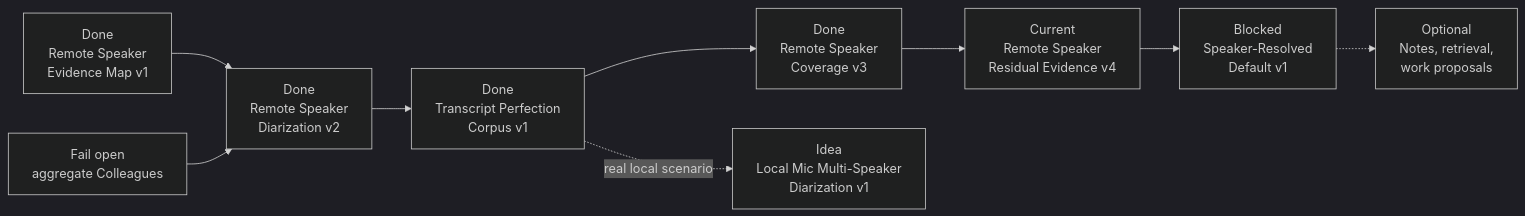
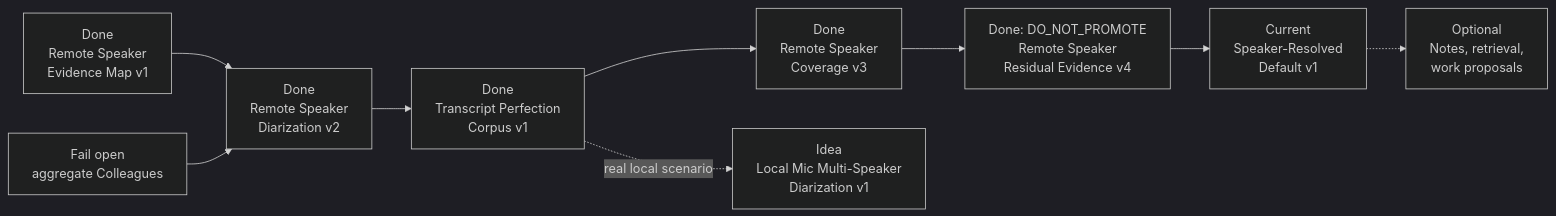
One commit to asukhodko/murmurmark changed the second of 2 diagrams in docs/roadmap/murmurmark-cli-roadmap.md. Above: the diagram before and after it, drawn with Mermaid (dark theme). The commit also changed other lines of this file and 21 other files, not shown here.

Commit message:
feat: measure remote speaker residual ceiling

````diff
--- a/docs/roadmap/murmurmark-cli-roadmap.md
+++ b/docs/roadmap/murmurmark-cli-roadmap.md
@@ -79,17 +80,17 @@
 ```mermaid
 flowchart LR
     B["Done<br/>Remote Speaker<br/>Evidence Map v1"]
     D["Done<br/>Remote Speaker<br/>Diarization v2"]
     F["Fail open<br/>aggregate Colleagues"]
     P["Done<br/>Transcript Perfection<br/>Corpus v1"]
     R["Done<br/>Remote Speaker<br/>Coverage v3"]
-    V["Current<br/>Remote Speaker<br/>Residual Evidence v4"]
-    H["Blocked<br/>Speaker-Resolved<br/>Default v1"]
+    V["Done: DO_NOT_PROMOTE<br/>Remote Speaker<br/>Residual Evidence v4"]
+    H["Current<br/>Speaker-Resolved<br/>Default v1"]
     M["Idea<br/>Local Mic Multi-Speaker<br/>Diarization v1"]
     O["Optional<br/>Notes, retrieval,<br/>work proposals"]
 
     B --> D --> P --> R --> V --> H
     F --> D
     P -. "real local scenario" .-> M
     H -.-> O
 ```
````
